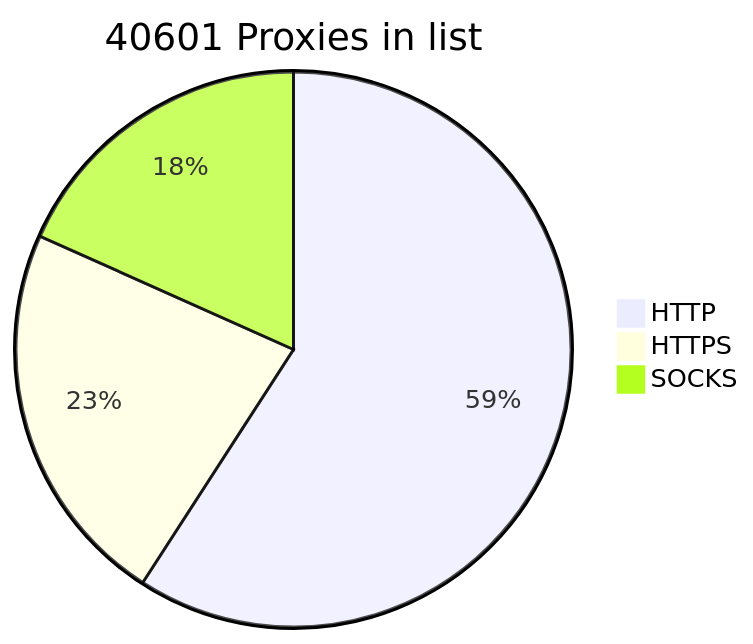
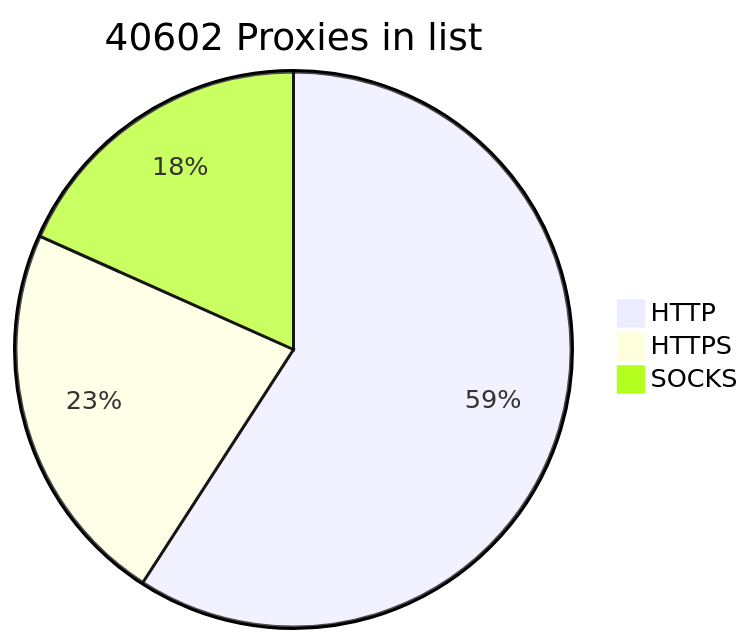
Before and after one commit to BlackSnowDot/proxylist-update-every-minute: the diagram in README.md, drawn with Mermaid.

````diff
--- a/README.md
+++ b/README.md
@@ -2,6 +2,6 @@
 ```mermaid
-pie title 40601 Proxies in list
+pie title 40602 Proxies in list
     "HTTP" : 28228
     "HTTPS": 10765
-    "SOCKS" : 8741
+    "SOCKS" : 8742
 ```
````
